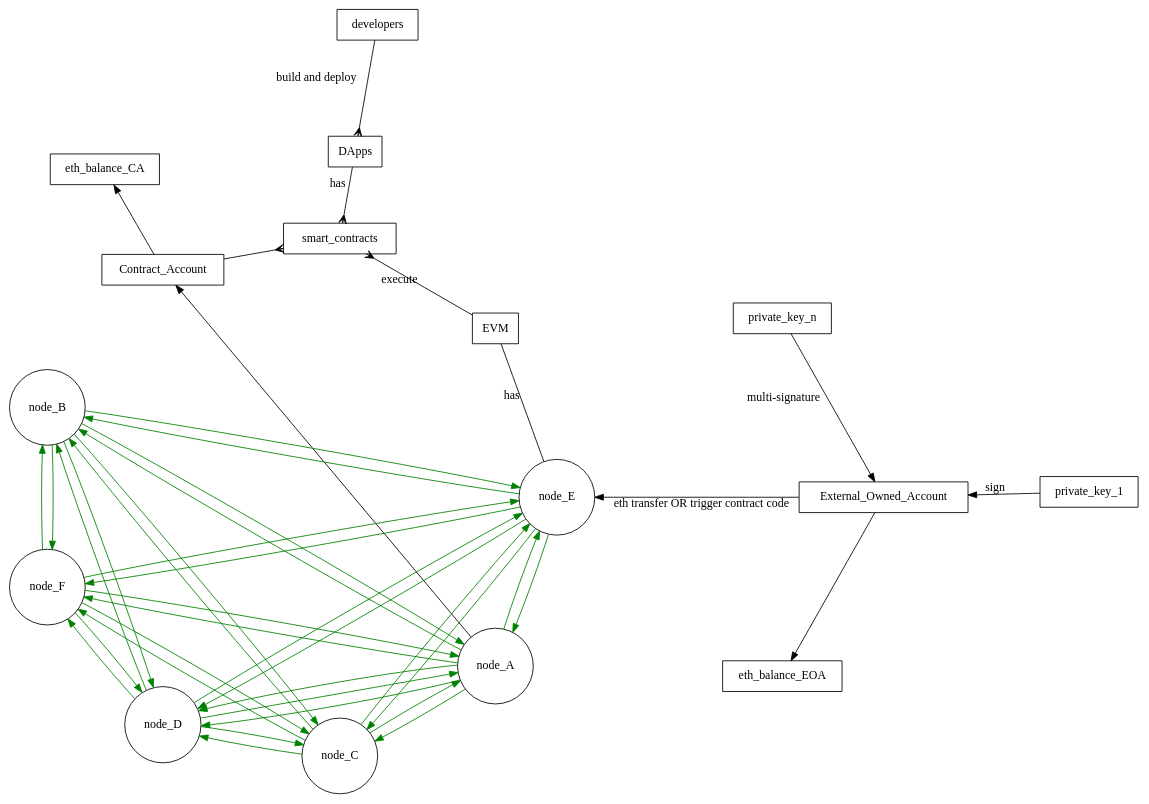
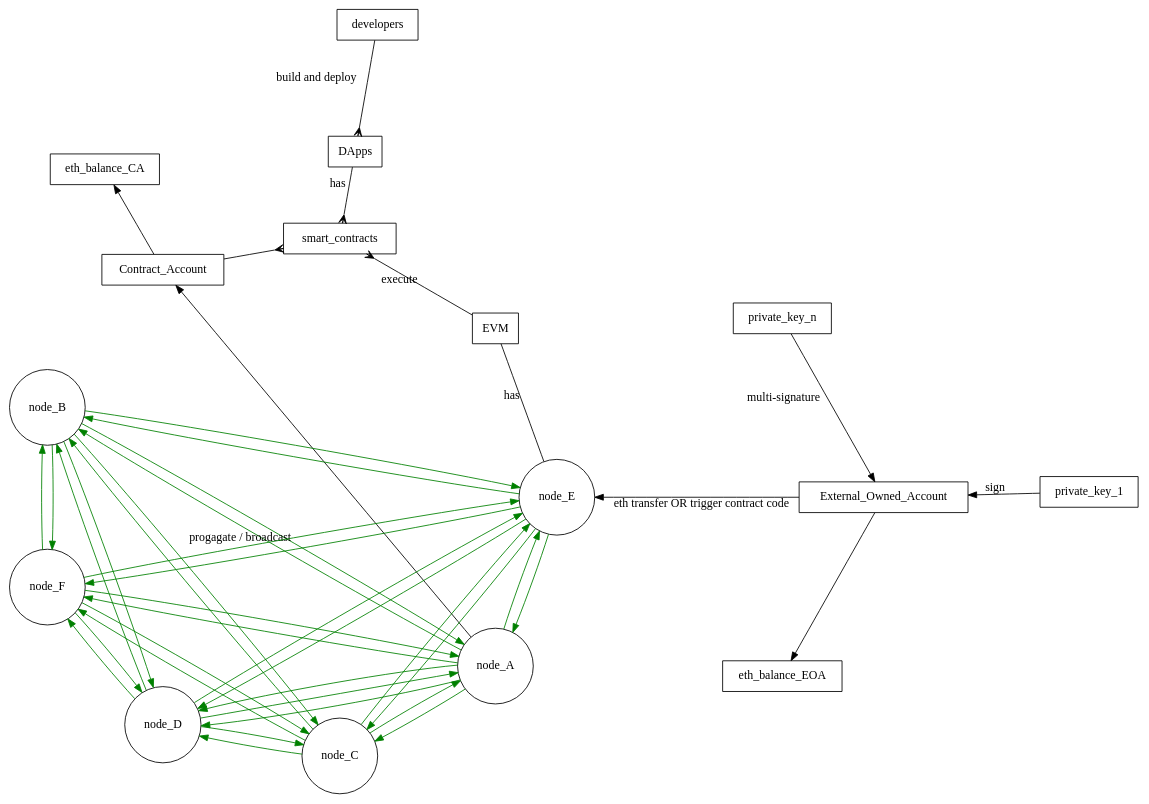
The diagram in ethereum-architecture.dot (manilabay/blockchain-graphs), drawn with Graphviz before and after one commit.

Commit message:
add propagate/broadcast label

```diff
--- a/ethereum-architecture.dot
+++ b/ethereum-architecture.dot
@@ -1,70 +1,70 @@
 digraph ethereum {
 
   layout="circo";
   node [shape = circle];
 
   node_A -> node_B [color="green"];
   node_A -> node_C [color="green"];
   node_A -> node_D [color="green"];
   node_A -> node_D [color="green"];
   node_A -> node_E [color="green"];
   node_A -> node_F [color="green"];
 
   node_B -> node_A [color="green"];
   node_B -> node_C [color="green"];
   node_B -> node_D [color="green"];
   node_B -> node_E [color="green"];
   node_B -> node_F [color="green"];
 
   node_C -> node_A [color="green"];
   node_C -> node_B [color="green"];
   node_C -> node_D [color="green"];
   node_C -> node_E [color="green"];
   node_C -> node_F [color="green"];
 
   node_D -> node_A [color="green"];
   node_D -> node_B [color="green"];
   node_D -> node_C [color="green"];
   node_D -> node_E [color="green"];
   node_D -> node_F [color="green"];
 
   node_E -> node_A [color="green"];
   node_E -> node_B [color="green"];
   node_E -> node_C [color="green"];
   node_E -> node_D [color="green"];
-  node_E -> node_F [color="green"];
+  node_E -> node_F [color="green" label="progagate / broadcast"];
 
   node_F -> node_A [color="green"];
   node_F -> node_B [color="green"];
   node_F -> node_C [color="green"];
   node_F -> node_D [color="green"];
   node_F -> node_E [color="green"];
 
   rankdir=LR;
   subgraph components_by_node {
 
   layout="dot";
   node [shape = box];
 
     node_E -> EVM [label="has" arrowhead="none"];
     EVM -> smart_contracts [label="execute" arrowhead="crow"];
 
     node_A -> Contract_Account;
     #node_E -> External_Owned_Account;
     Contract_Account -> eth_balance_CA;
     Contract_Account -> smart_contracts [arrowhead="crow"];
     External_Owned_Account -> eth_balance_EOA;
     External_Owned_Account -> node_E [label="eth transfer OR trigger contract code"];
 
     #Abstract objects
 
     developers -> DApps [label="build and deploy" arrowhead="crow"];
     DApps -> smart_contracts [arrowhead="crow" label="has"];
 
     private_key_1 -> External_Owned_Account [label="sign"];
     private_key_n -> External_Owned_Account [label="multi-signature"];
 
 
   }
 
 }
```
